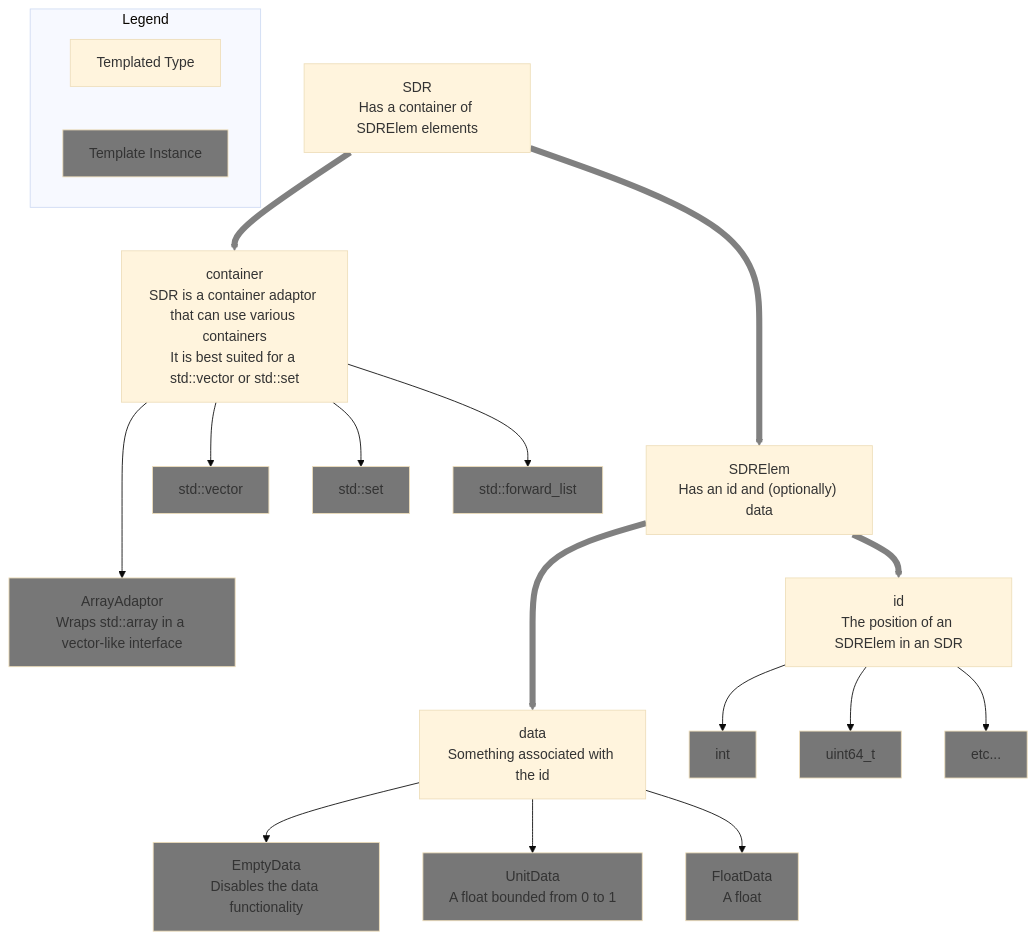
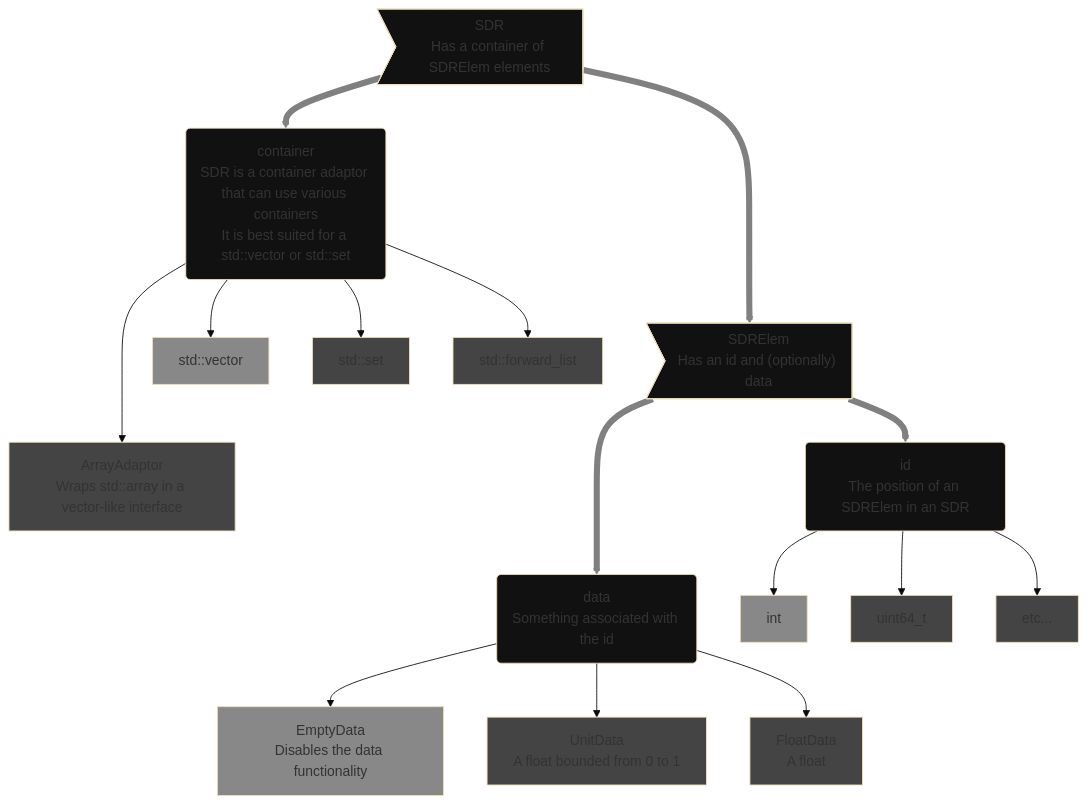
Before and after one commit to jagprog5/SDR: the second of 2 diagrams in README.md, drawn with Mermaid (base theme). The commit also changed other lines of this file, not shown here.

Commit message:
update mermaid

````diff
--- a/README.md
+++ b/README.md
@@ -90,54 +103,53 @@
 ```mermaid
 flowchart TB
-    subgraph Legend
-        tparam["Templated Type"]
-        instance["Template Instance"]
-
-        style instance fill:#777
-    end
-
-    direction TB
-    SDR["SDR\nHas a container of SDRElem elements"]
-    SDRElem["SDRElem\nHas an id and (optionally) data"]
-    container["container\nSDR is a container adaptor that can use various containers\nIt is best suited for a std::vector or std::set"]
+    SDR>"SDR\nHas a container of SDRElem elements"]
+    SDRElem>"SDRElem\nHas an id and (optionally) data"]
+    container("container\nSDR is a container adaptor that can use various containers\nIt is best suited for a std::vector or std::set")
     ArrayAdaptor["ArrayAdaptor\nWraps std::array in a vector-like interface"]
     EmptyData["EmptyData\nDisables the data functionality"]
     UnitData["UnitData\nA float bounded from 0 to 1"]
     FloatData["FloatData\nA float"]
-    id["id\nThe position of an SDRElem in an SDR"]
-    data["data\nSomething associated with the id"]
+    id("id\nThe position of an SDRElem in an SDR")
+    data("data\nSomething associated with the id")
 
     SDR--->SDRElem
     SDR-->container
     container-->std::vector
     container-->std::set
     container-->std::forward_list
     container--->ArrayAdaptor
 
     SDRElem--->data
     SDRElem-->id
 
     id-->int
     id-->uint64_t
     id-->etc...
 
     data-->EmptyData
     data-->UnitData
     data-->FloatData
 
-style ArrayAdaptor fill:#777
-style std::vector fill:#777
-style std::set fill:#777
-style std::forward_list fill:#777
-style EmptyData fill:#777
-style UnitData fill:#777
-style FloatData fill:#777
-style int fill:#777
-style uint64_t fill:#777
-style etc... fill:#777
+style SDR fill:#111
+style container fill:#111
+style SDRElem fill:#111
+style id fill:#111
+style data fill:#111
+
+style ArrayAdaptor fill:#444
+style std::set fill:#444
+style std::forward_list fill:#444
+style UnitData fill:#444
+style FloatData fill:#444
+style uint64_t fill:#444
+style etc... fill:#444
+
+style std::vector fill:#888
+style EmptyData fill:#888
+style int fill:#888
 
 linkStyle 0 stroke:grey,stroke-width:7px;
 linkStyle 1 stroke:grey,stroke-width:7px;
 linkStyle 6 stroke:grey,stroke-width:7px;
 linkStyle 7 stroke:grey,stroke-width:7px;
 ```
````
